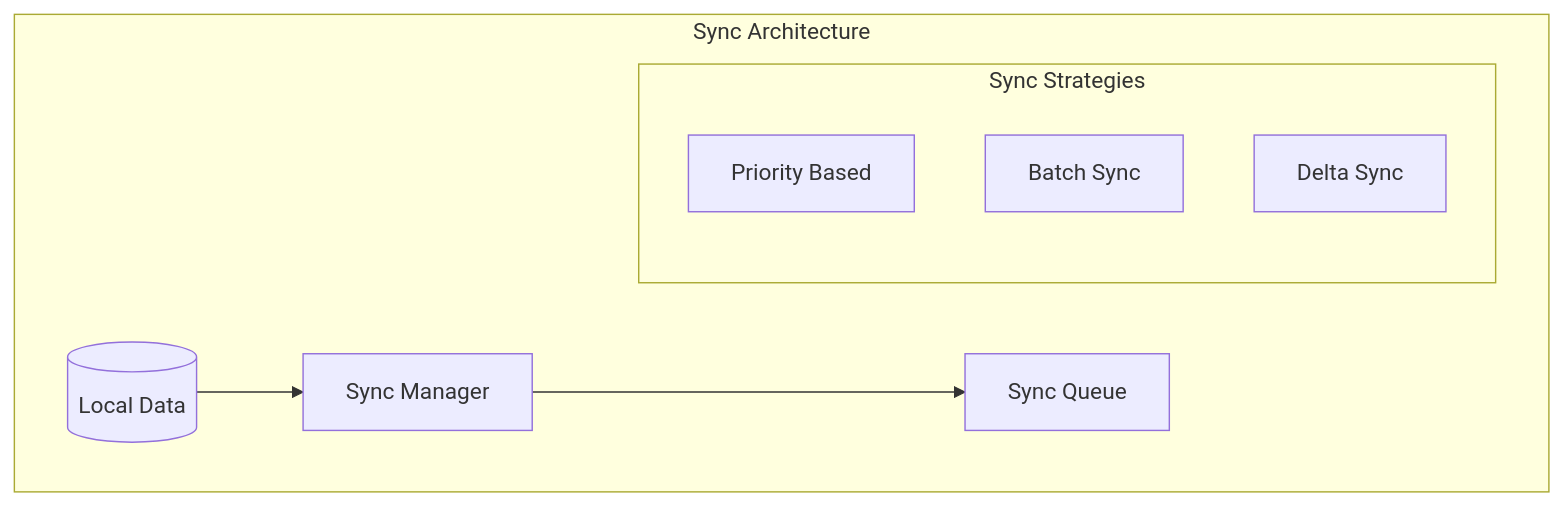
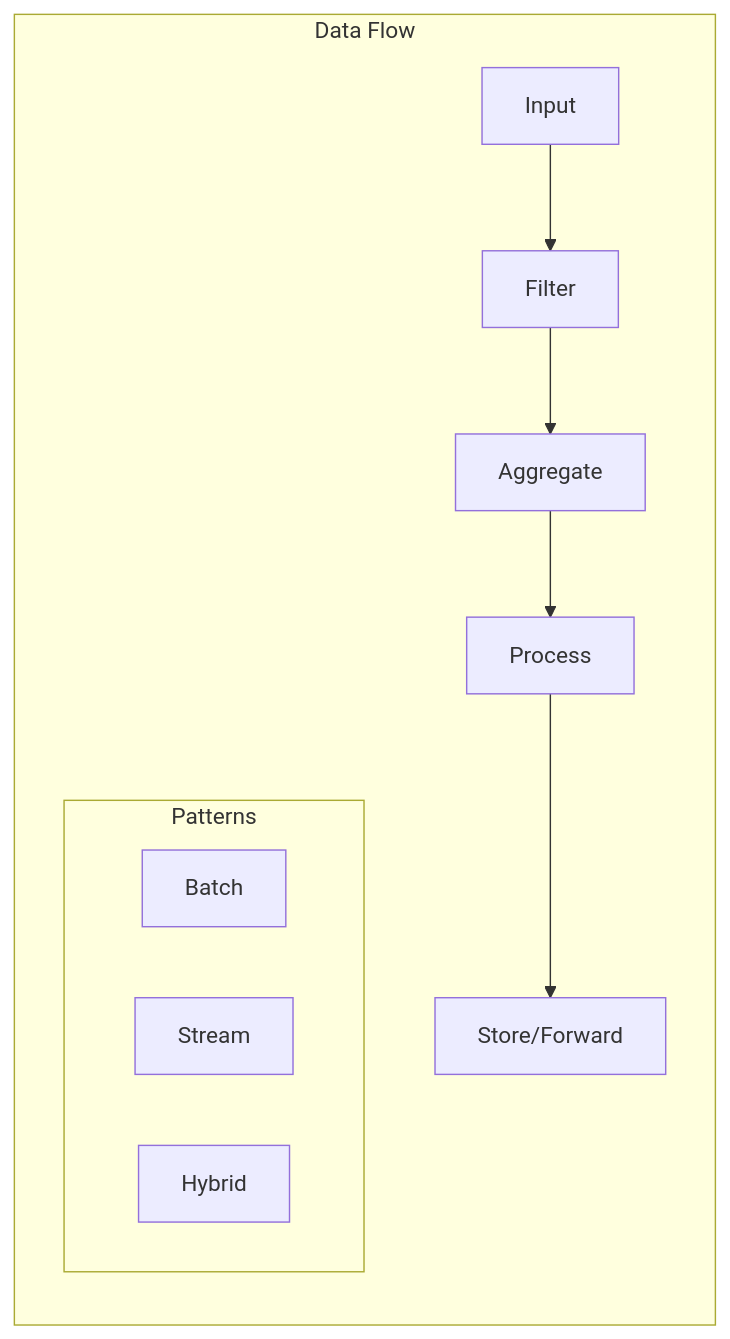
One commit to saravanakumarrc/Architecture_Journey changed the third of 8 diagrams in src/Edge_Computing_Architectures.md. Above: the diagram before and after it, drawn with Mermaid. The commit also changed other lines of this file and 2 other files, not shown here.

Commit message:
Enhance High Availability Design documentation with core concepts, redundancy models, and recovery strategies; improve clarity and structure of monitoring and disaster recovery sections.

````diff
--- a/src/Edge_Computing_Architectures.md
+++ b/src/Edge_Computing_Architectures.md
@@ -130,13 +74,15 @@
 ```mermaid
-graph TB
-    subgraph "Sync Architecture"
-        LD[(Local Data)] --> SM[Sync Manager]
-        SM --> Q[Sync Queue]
+graph LR
+    subgraph "Data Flow"
+        I[Input] --> F[Filter]
+        F --> A[Aggregate]
+        A --> P[Process]
+        P --> S[Store/Forward]
         
-        subgraph "Sync Strategies"
-            P[Priority Based]
-            B[Batch Sync]
-            D[Delta Sync]
+        subgraph "Patterns"
+            B[Batch]
+            ST[Stream]
+            H[Hybrid]
         end
     end
 ```
````
